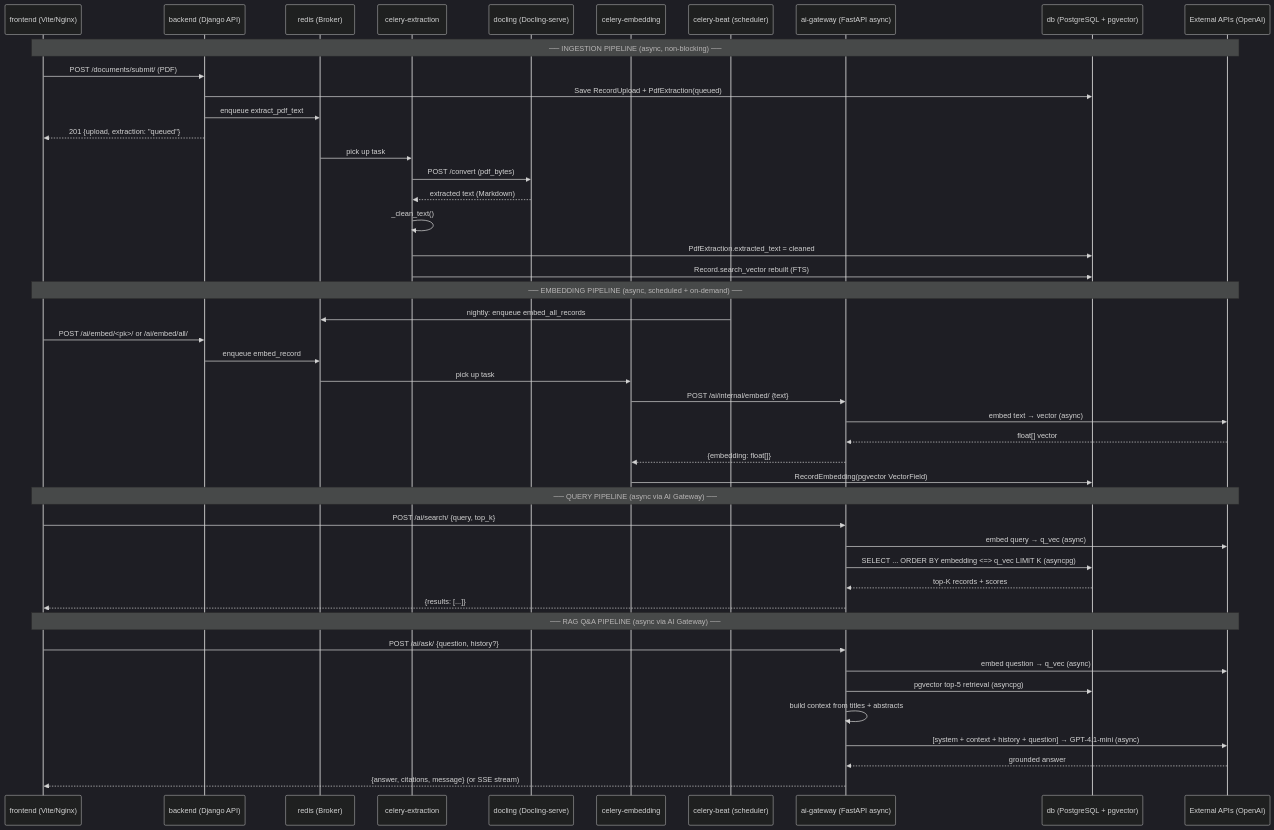
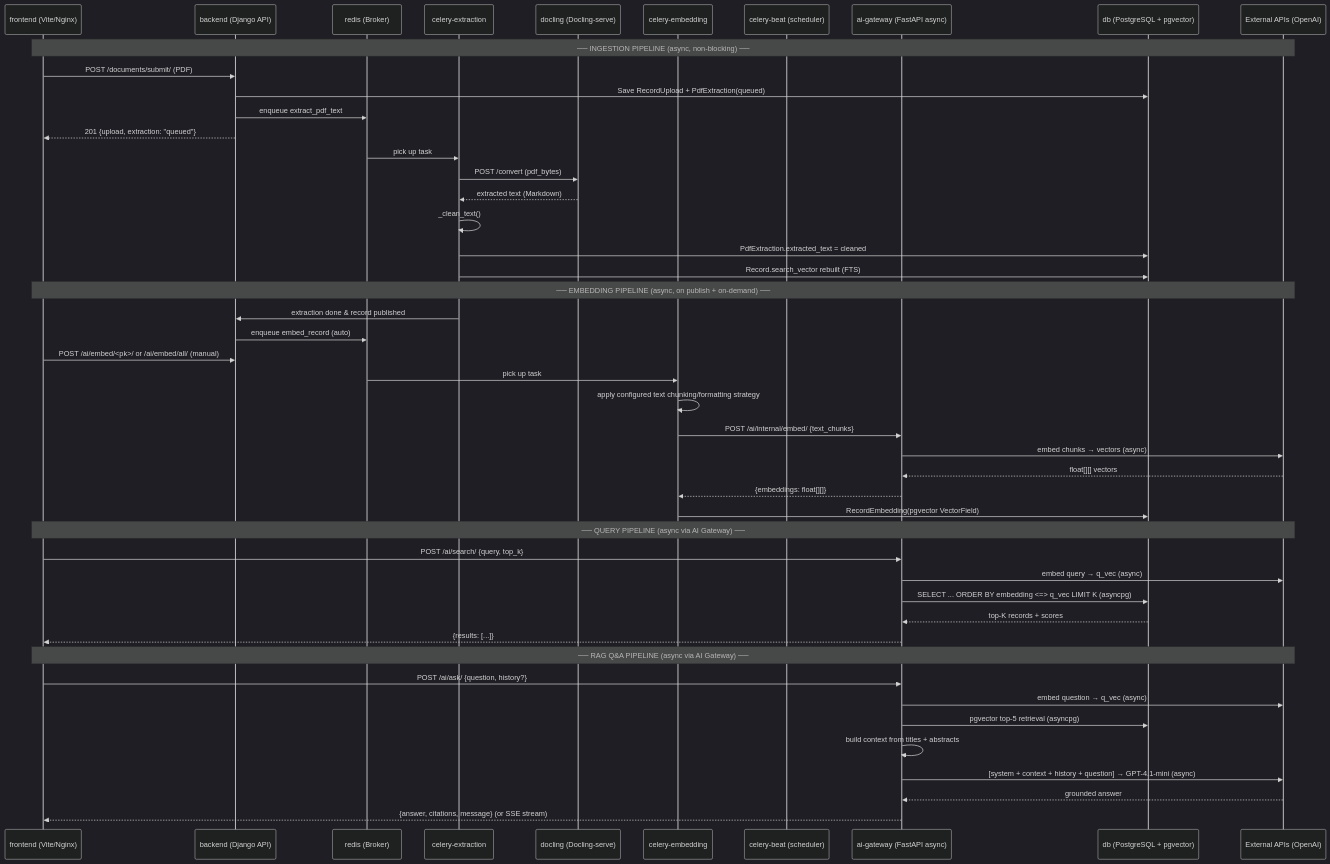
One commit to moisturicer/IRIS changed the first of 2 diagrams in docs/rag_pipeline_service_map.md. Above: the diagram before and after it, drawn with Mermaid (dark theme). The commit also changed other lines of this file, not shown here.

Commit message:
docs(rag): trigger embedding on publish instead of nightly
Replace the scheduled embed_all_records sweep with an automatic
enqueue when extraction completes on a published record, and record
that the embedding call carries text chunks rather than one string.

````diff
--- a/docs/rag_pipeline_service_map.md
+++ b/docs/rag_pipeline_service_map.md
@@ -9,57 +9,58 @@
 ```mermaid
 sequenceDiagram
     participant FE as frontend (Vite/Nginx)
     participant BE as backend (Django API)
     participant RD as redis (Broker)
     participant CX as celery-extraction
     participant DK as docling (Docling-serve)
     participant CE as celery-embedding
     participant CB as celery-beat (scheduler)
     participant AI as ai-gateway (FastAPI async)
     participant DB as db (PostgreSQL + pgvector)
     participant EXT as External APIs (OpenAI)
 
     Note over FE,EXT: ── INGESTION PIPELINE (async, non-blocking) ──
 
     FE->>BE: POST /documents/submit/ (PDF)
     BE->>DB: Save RecordUpload + PdfExtraction(queued)
     BE->>RD: enqueue extract_pdf_text
     BE-->>FE: 201 {upload, extraction: "queued"}
 
     RD->>CX: pick up task
     CX->>DK: POST /convert (pdf_bytes)
     DK-->>CX: extracted text (Markdown)
     CX->>CX: _clean_text()
     CX->>DB: PdfExtraction.extracted_text = cleaned
     CX->>DB: Record.search_vector rebuilt (FTS)
 
-    Note over FE,EXT: ── EMBEDDING PIPELINE (async, scheduled + on-demand) ──
+    Note over FE,EXT: ── EMBEDDING PIPELINE (async, on publish + on-demand) ──
 
-    CB->>RD: nightly: enqueue embed_all_records
-    FE->>BE: POST /ai/embed/<pk>/ or /ai/embed/all/
-    BE->>RD: enqueue embed_record
+    CX->>BE: extraction done & record published
+    BE->>RD: enqueue embed_record (auto)
+    FE->>BE: POST /ai/embed/<pk>/ or /ai/embed/all/ (manual)
     RD->>CE: pick up task
-    CE->>AI: POST /ai/internal/embed/ {text}
-    AI->>EXT: embed text → vector (async)
-    EXT-->>AI: float[] vector
-    AI-->>CE: {embedding: float[]}
+    CE->>CE: apply configured text chunking/formatting strategy
+    CE->>AI: POST /ai/internal/embed/ {text_chunks}
+    AI->>EXT: embed chunks → vectors (async)
+    EXT-->>AI: float[][] vectors
+    AI-->>CE: {embeddings: float[][]}
     CE->>DB: RecordEmbedding(pgvector VectorField)
 
     Note over FE,EXT: ── QUERY PIPELINE (async via AI Gateway) ──
 
     FE->>AI: POST /ai/search/ {query, top_k}
     AI->>EXT: embed query → q_vec (async)
     AI->>DB: SELECT ... ORDER BY embedding <=> q_vec LIMIT K (asyncpg)
     DB-->>AI: top-K records + scores
     AI-->>FE: {results: [...]}
 
     Note over FE,EXT: ── RAG Q&A PIPELINE (async via AI Gateway) ──
 
     FE->>AI: POST /ai/ask/ {question, history?}
     AI->>EXT: embed question → q_vec (async)
     AI->>DB: pgvector top-5 retrieval (asyncpg)
     AI->>AI: build context from titles + abstracts
     AI->>EXT: [system + context + history + question] → GPT-4.1-mini (async)
     EXT-->>AI: grounded answer
     AI-->>FE: {answer, citations, message} (or SSE stream)
 ```
````
